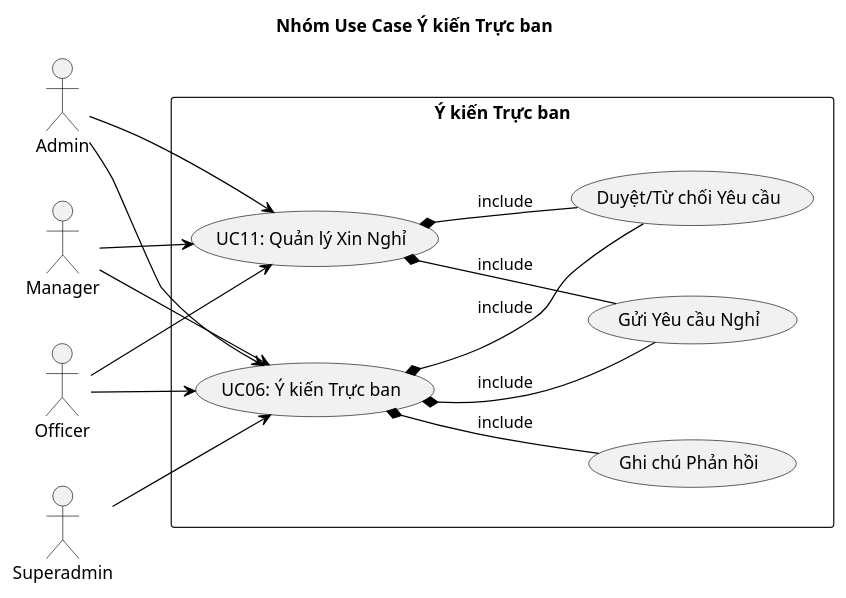
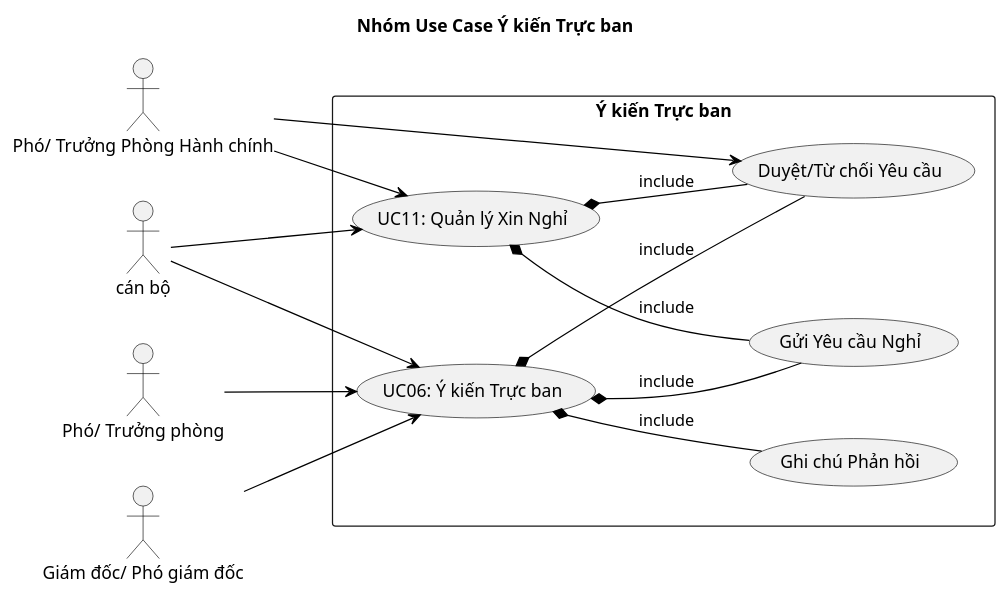
One commit to BQBao-Hedspi4K67/webxeplich changed the seventh of 8 diagrams in report/usecase.puml. Above: the diagram before and after it, drawn with PlantUML. The commit also changed other lines of this file and 10 other files, not shown here.

```diff
--- a/report/usecase.puml
+++ b/report/usecase.puml
@@ -255,41 +274,44 @@
 @startuml usecase_opinions
 title Nhóm Use Case Ý kiến Trực ban
 
 skinparam backgroundColor white
 skinparam usecaseBorderColor black
 skinparam actorBorderColor black
 skinparam ArrowColor black
 skinparam defaultTextAlignment center
 skinparam fontSize 11
 
 left to right direction
 
-actor "Superadmin" as superadmin
-actor "Admin" as admin
-actor "Manager" as manager
-actor "Officer" as officer
+
+actor "Giám đốc/ Phó giám đốc" as admin
+actor "Phó/ Trưởng phòng" as manager
+actor "cán bộ" as officer
+actor "Phó/ Trưởng Phòng Hành chính" as dutyMgr
 
 rectangle "Ý kiến Trực ban" {
     usecase "UC06: Ý kiến Trực ban" as UC06
     usecase "UC11: Quản lý Xin Nghỉ" as UC11
     usecase "Gửi Yêu cầu Nghỉ" as UC06_submit
     usecase "Duyệt/Từ chối Yêu cầu" as UC06_approve
     usecase "Ghi chú Phản hồi" as UC06_feedback
 }
 
-superadmin --> UC06
+
+
 admin --> UC06
 manager --> UC06
 officer --> UC06
 
 officer --> UC11
-manager --> UC11
-admin --> UC11
+dutyMgr --> UC11
+
+dutyMgr --> UC06_approve
 
 UC06 *-- UC06_submit : include
 UC06 *-- UC06_approve : include
 UC06 *-- UC06_feedback : include
 
 UC11 *-- UC06_submit : include
 UC11 *-- UC06_approve : include
 @enduml
```
